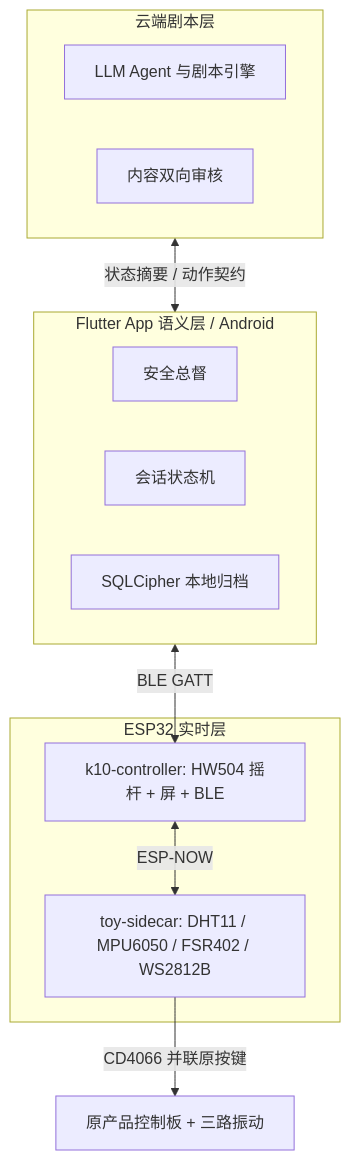
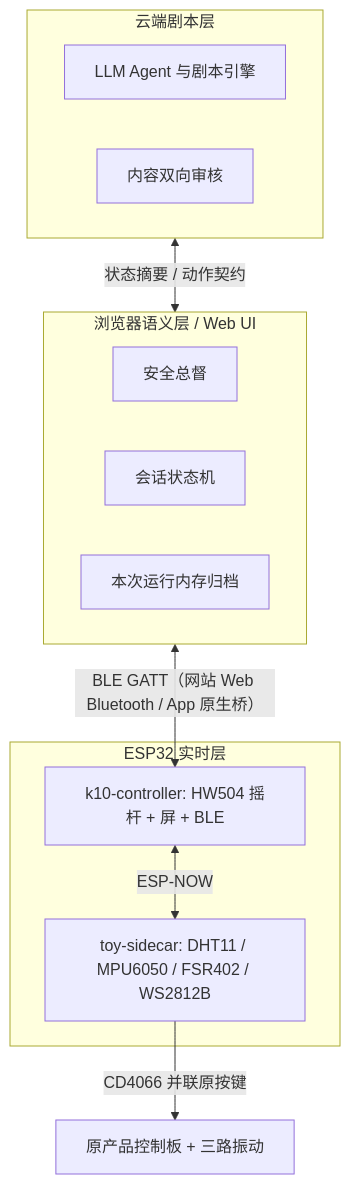
Before and after one commit to Binomial-distribution/nascent: the diagram in README.md, drawn with Mermaid. The commit also changed other lines of this file and 54 other files, not shown here.

First line of the commit message:
feat: 控制端改为网站，并加同一套 Web UI 的 App 壳

````diff
--- a/README.md
+++ b/README.md
@@ -9,22 +9,22 @@
 ```mermaid
 flowchart TB
   subgraph cloud [云端剧本层]
     LLM["LLM Agent 与剧本引擎"]
     AUD["内容双向审核"]
   end
-  subgraph app [Flutter App 语义层 / Android]
+  subgraph app [浏览器语义层 / Web UI]
     GOV["安全总督"]
     FSM["会话状态机"]
-    DB["SQLCipher 本地归档"]
+    DB["本次运行内存归档"]
   end
   subgraph fw [ESP32 实时层]
     K10["k10-controller: HW504 摇杆 + 屏 + BLE"]
     Toy["toy-sidecar: DHT11 / MPU6050 / FSR402 / WS2812B"]
   end
   Board["原产品控制板 + 三路振动"]
 
   cloud <-->|"状态摘要 / 动作契约"| app
-  app <-->|"BLE GATT"| K10
+  app <-->|"BLE GATT（网站 Web Bluetooth / App 原生桥）"| K10
   K10 <-->|"ESP-NOW"| Toy
   Toy -->|"CD4066 并联原按键"| Board
 ```
````
